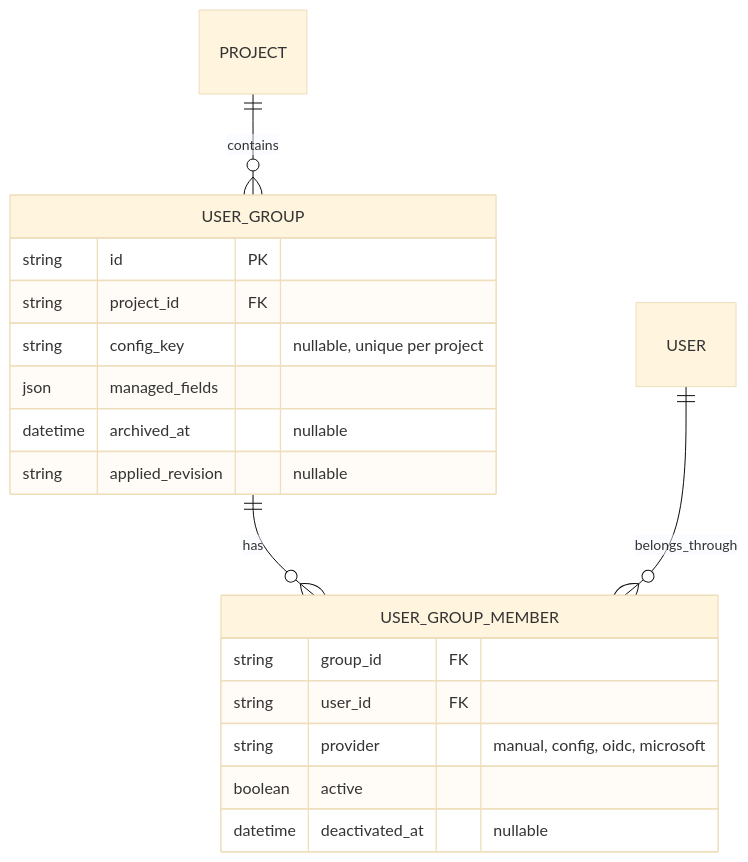
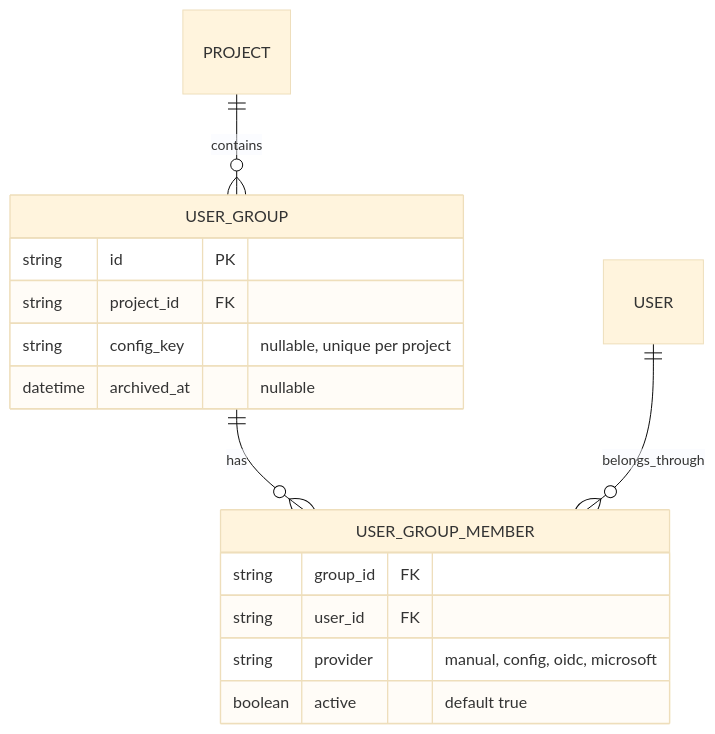
Before and after one commit to getnao/nao: the second of 2 diagrams in USER_GROUPS_AS_CODE.md, drawn with Mermaid (base theme). The commit also changed other lines of this file, not shown here.

````diff
--- a/USER_GROUPS_AS_CODE.md
+++ b/USER_GROUPS_AS_CODE.md
@@ -113,23 +84,20 @@
 ```mermaid
 erDiagram
     PROJECT ||--o{ USER_GROUP : contains
     USER_GROUP ||--o{ USER_GROUP_MEMBER : has
     USER ||--o{ USER_GROUP_MEMBER : belongs_through
 
     USER_GROUP {
         string id PK
         string project_id FK
         string config_key "nullable, unique per project"
-        json managed_fields
         datetime archived_at "nullable"
-        string applied_revision "nullable"
     }
 
     USER_GROUP_MEMBER {
         string group_id FK
         string user_id FK
         string provider "manual, config, oidc, microsoft"
-        boolean active
-        datetime deactivated_at "nullable"
+        boolean active "default true"
     }
 ```
````
